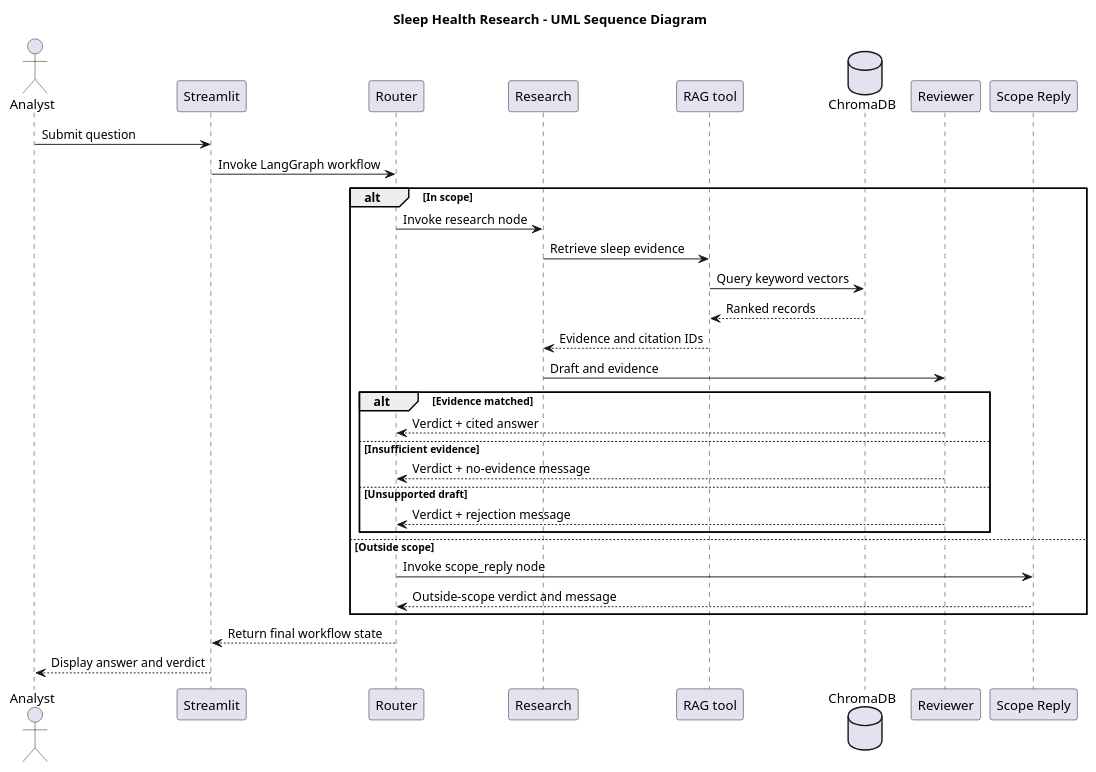
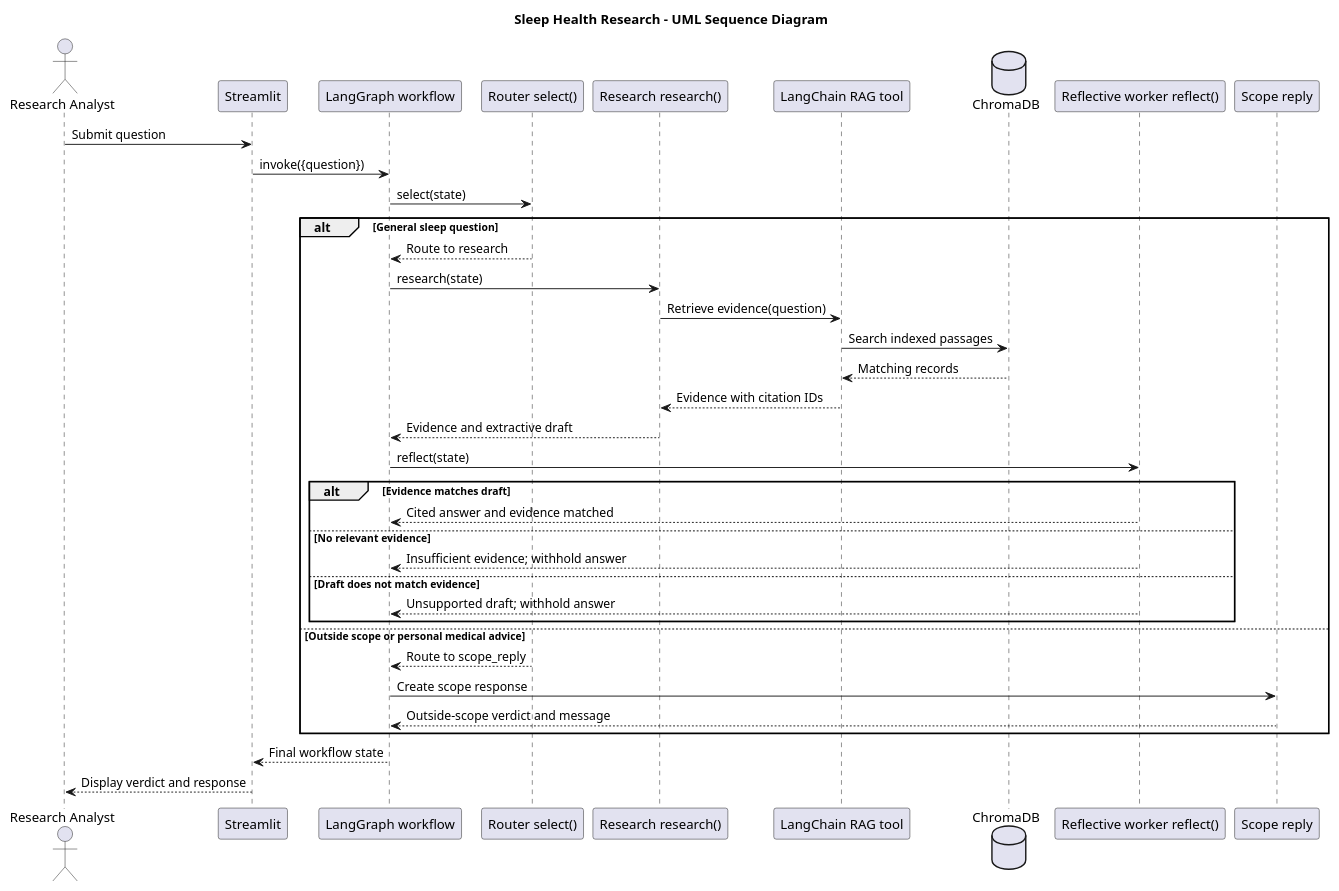
One commit to vkulesh-netizen/group-1 changed the diagram in interaction.puml. Above: the diagram before and after it, drawn with PlantUML. The commit also changed other lines of this file and 6 other files, not shown here.

```diff
--- a/interaction.puml
+++ b/interaction.puml
@@ -2,41 +1,45 @@
 @startuml
 title Sleep Health Research - UML Sequence Diagram
 
-actor Analyst
+actor "Research Analyst" as Analyst
 participant Streamlit
-participant Router
-participant Research
-participant "RAG tool" as RAG
+participant "LangGraph workflow" as Graph
+participant "Router select()" as Router
+participant "Research research()" as Research
+participant "LangChain RAG tool" as RAG
 database ChromaDB
-participant Reviewer
-participant "Scope Reply" as Scope
+participant "Reflective worker reflect()" as Reflect
+participant "Scope reply" as Scope
 
 Analyst -> Streamlit: Submit question
-Streamlit -> Router: Invoke LangGraph workflow
+Streamlit -> Graph: invoke({question})
+Graph -> Router: select(state)
 
-alt In scope
-    Router -> Research: Invoke research node
-    Research -> RAG: Retrieve sleep evidence
-    RAG -> ChromaDB: Query keyword vectors
-    ChromaDB --> RAG: Ranked records
-    RAG --> Research: Evidence and citation IDs
+alt General sleep question
+    Router --> Graph: Route to research
+    Graph -> Research: research(state)
+    Research -> RAG: Retrieve evidence(question)
+    RAG -> ChromaDB: Search indexed passages
+    ChromaDB --> RAG: Matching records
+    RAG --> Research: Evidence with citation IDs
+    Research --> Graph: Evidence and extractive draft
+    Graph -> Reflect: reflect(state)
 
-    Research -> Reviewer: Draft and evidence
-
-    alt Evidence matched
-        Reviewer --> Router: Verdict + cited answer
-    else Insufficient evidence
-        Reviewer --> Router: Verdict + no-evidence message
-    else Unsupported draft
-        Reviewer --> Router: Verdict + rejection message
+    alt Evidence matches draft
+        Reflect --> Graph: Cited answer and evidence matched
+    else No relevant evidence
+        Reflect --> Graph: Insufficient evidence; withhold answer
+    else Draft does not match evidence
+        Reflect --> Graph: Unsupported draft; withhold answer
     end
 
-else Outside scope
-    Router -> Scope: Invoke scope_reply node
-    Scope --> Router: Outside-scope verdict and message
+else Outside scope or personal medical advice
+    Router --> Graph: Route to scope_reply
+    Graph -> Scope: Create scope response
+    Scope --> Graph: Outside-scope verdict and message
 end
 
-Router --> Streamlit: Return final workflow state
-Streamlit --> Analyst: Display answer and verdict
+Graph --> Streamlit: Final workflow state
+Streamlit --> Analyst: Display verdict and response
 
 @enduml
```
